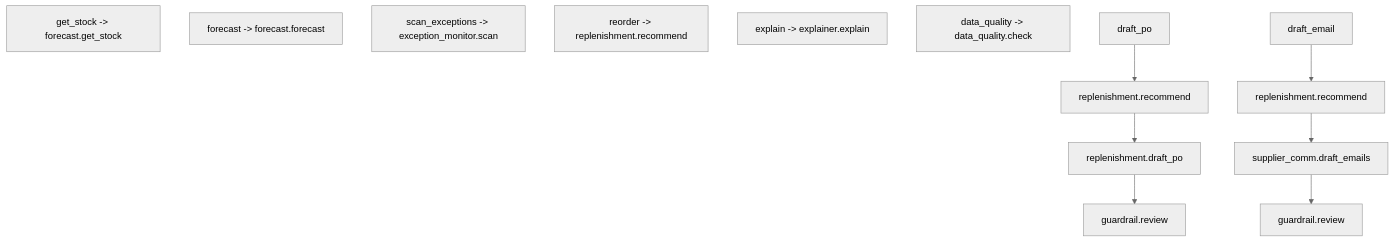
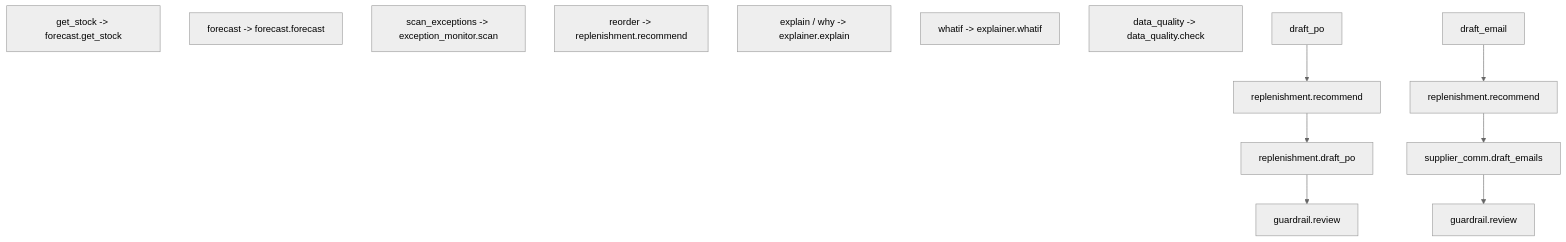
One commit to shreyanshhhhhhhh/Inventory_AI changed the second of 3 diagrams in docs/ORCHESTRATOR.md. Above: the diagram before and after it, drawn with Mermaid (neutral theme). The commit also changed other lines of this file and 40 other files, not shown here.

Commit message:
Add the explainer agent so /why and /whatif cite stored evidence and never invent numbers.

````diff
--- a/docs/ORCHESTRATOR.md
+++ b/docs/ORCHESTRATOR.md
@@ -56,19 +57,20 @@
 ```mermaid
 flowchart TB
   get_stock["get_stock -> forecast.get_stock"]
   forecast["forecast -> forecast.forecast"]
   scan["scan_exceptions -> exception_monitor.scan"]
   reorder["reorder -> replenishment.recommend"]
-  explain["explain -> explainer.explain"]
+  explain["explain / why -> explainer.explain"]
+  whatif["whatif -> explainer.whatif"]
   quality["data_quality -> data_quality.check"]
   draftPo["draft_po"]
   rec1["replenishment.recommend"]
   po["replenishment.draft_po"]
   guard1["guardrail.review"]
   draftPo --> rec1 --> po --> guard1
   draftEmail["draft_email"]
   rec2["replenishment.recommend"]
   mail["supplier_comm.draft_emails"]
   guard2["guardrail.review"]
   draftEmail --> rec2 --> mail --> guard2
 ```
````
